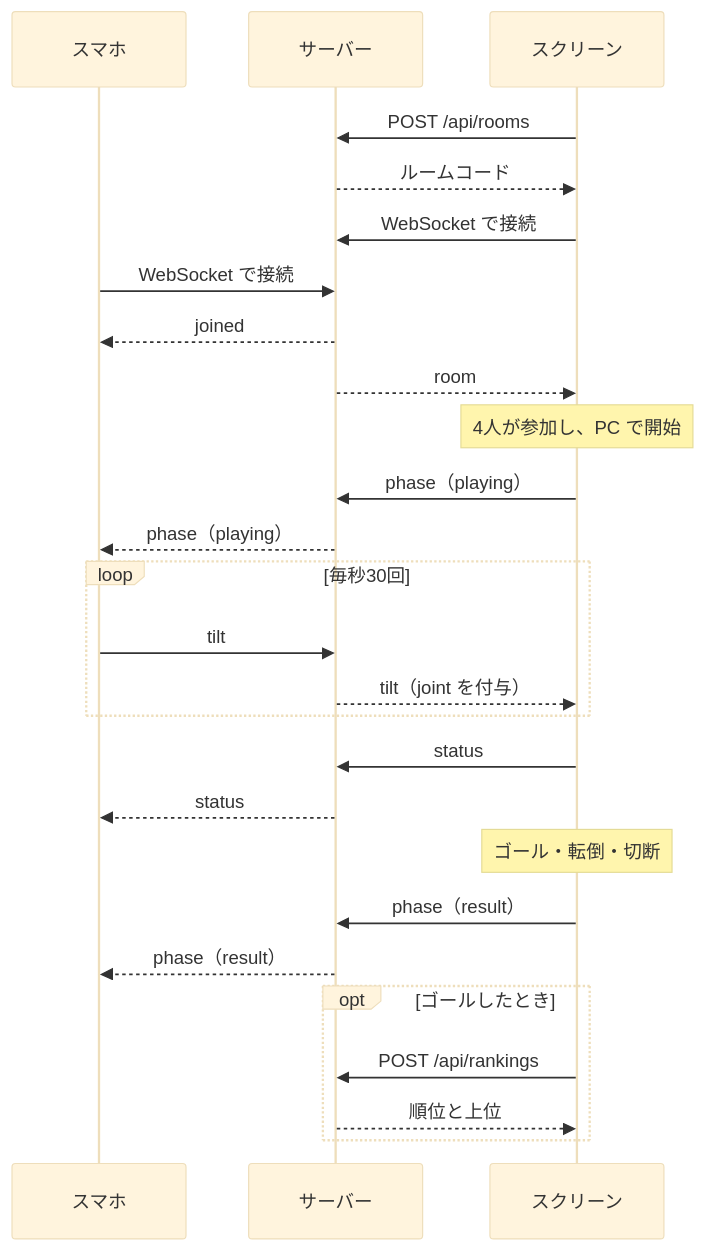
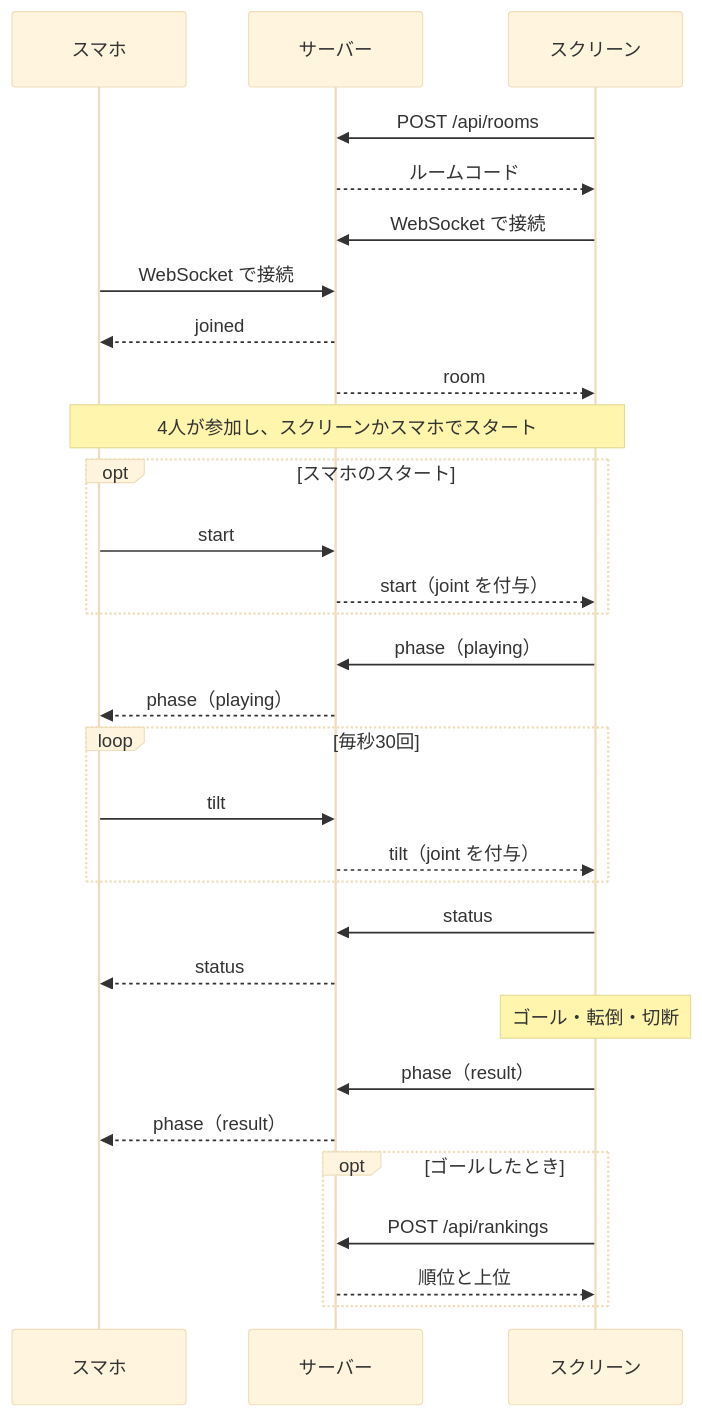
The diagram in docs/api.md (Tanakee/funyaoji), drawn with Mermaid (base theme) before and after one commit. The commit also changed other lines of this file and 6 other files, not shown here.

````diff
--- a/docs/api.md
+++ b/docs/api.md
@@ -9,28 +9,32 @@
 ```mermaid
 sequenceDiagram
   participant P as スマホ
   participant S as サーバー
   participant C as スクリーン
   C->>S: POST /api/rooms
   S-->>C: ルームコード
   C->>S: WebSocket で接続
   P->>S: WebSocket で接続
   S-->>P: joined
   S-->>C: room
-  Note over C: 4人が参加し、PC で開始
+  Note over P,C: 4人が参加し、スクリーンかスマホでスタート
+  opt スマホのスタート
+    P->>S: start
+    S-->>C: start（joint を付与）
+  end
   C->>S: phase（playing）
   S-->>P: phase（playing）
   loop 毎秒30回
     P->>S: tilt
     S-->>C: tilt（joint を付与）
   end
   C->>S: status
   S-->>P: status
   Note over C: ゴール・転倒・切断
   C->>S: phase（result）
   S-->>P: phase（result）
   opt ゴールしたとき
     C->>S: POST /api/rankings
     S-->>C: 順位と上位
   end
 ```
````
